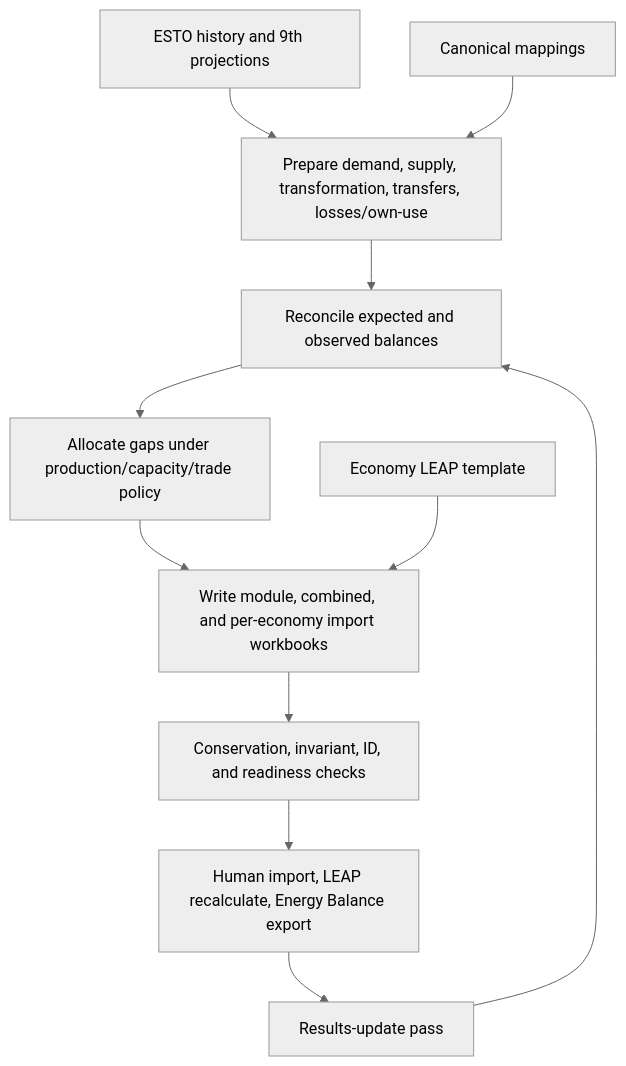
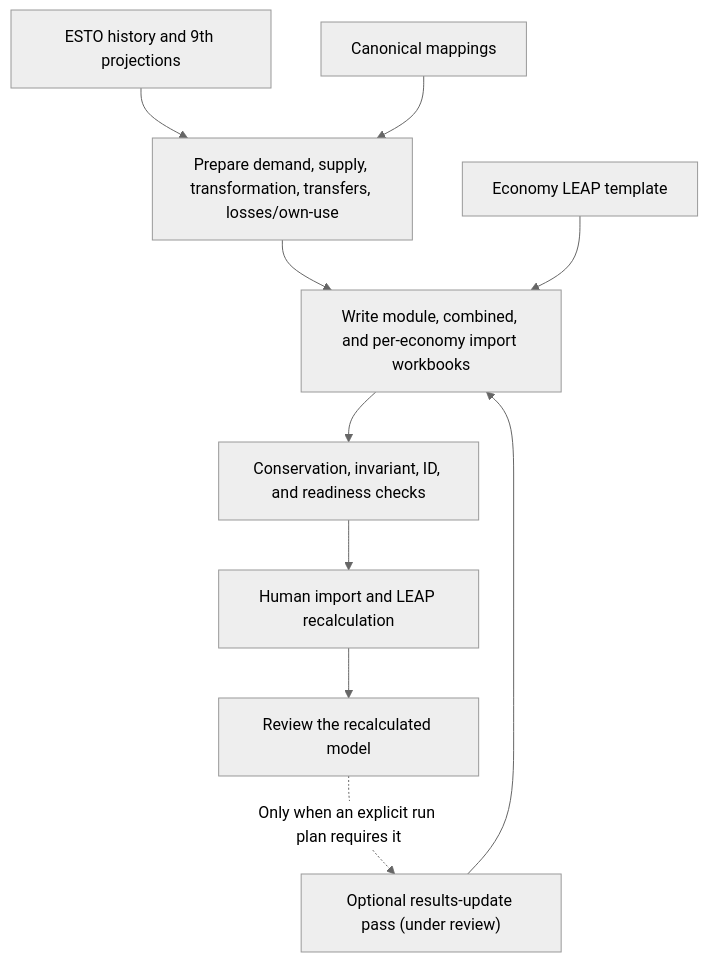
Before and after one commit to asia-pacific-energy-research-centre/leap_initialisation: the diagram in docs/handover/supply_reconciliation_guide.md, drawn with Mermaid (neutral theme). The commit also changed other lines of this file and 14 other files, not shown here.

````diff
--- a/docs/handover/supply_reconciliation_guide.md
+++ b/docs/handover/supply_reconciliation_guide.md
@@ -34,19 +40,19 @@
 ```mermaid
 flowchart TD
     SRC["ESTO history and 9th projections"]
     MAP["Canonical mappings"]
     TMP["Economy LEAP template"]
     PREP["Prepare demand, supply, transformation, transfers, losses/own-use"]
-    REC["Reconcile expected and observed balances"]
-    ALLOC["Allocate gaps under production/capacity/trade policy"]
     BOOK["Write module, combined, and per-economy import workbooks"]
     CHECK["Conservation, invariant, ID, and readiness checks"]
-    LEAP["Human import, LEAP recalculate, Energy Balance export"]
-    RESULTS["Results-update pass"]
+    LEAP["Human import and LEAP recalculation"]
+    REVIEW["Review the recalculated model"]
+    RESULTS["Optional results-update pass (under review)"]
 
     SRC --> PREP
     MAP --> PREP
-    PREP --> REC --> ALLOC --> BOOK
+    PREP --> BOOK
     TMP --> BOOK
-    BOOK --> CHECK --> LEAP --> RESULTS --> REC
+    BOOK --> CHECK --> LEAP --> REVIEW
+    REVIEW -.->|Only when an explicit run plan requires it| RESULTS --> BOOK
 ```
````
